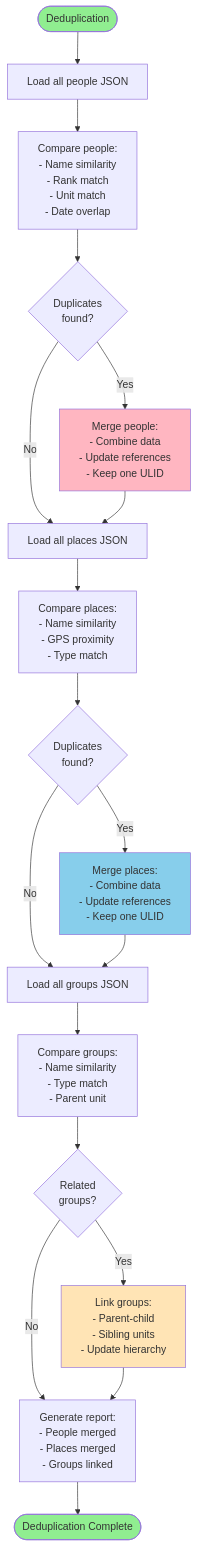
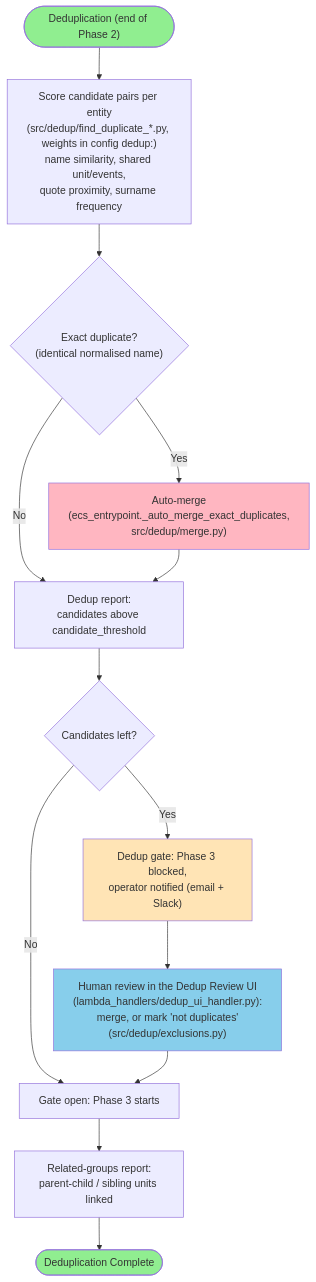
Before and after one commit to elasticfusion/SecondWorldWarAsData: the seventh of 12 diagrams in docs/current/core/WORKFLOW_DIAGRAMS.md, drawn with Mermaid. The commit also changed other lines of this file and 8043 other files, not shown here.

First line of the commit message:
PR 1: move dedup into src/dedup + E2E-found production fixes (#753)

````diff
--- a/docs/current/core/WORKFLOW_DIAGRAMS.md
+++ b/docs/current/core/WORKFLOW_DIAGRAMS.md
@@ -224,32 +271,21 @@
 ```mermaid
 flowchart TD
-    Start([Deduplication]) --> LoadPeople[Load all people JSON]
-    LoadPeople --> ComparePeople[Compare people:<br/>- Name similarity<br/>- Rank match<br/>- Unit match<br/>- Date overlap]
-    
-    ComparePeople --> FindDupes{Duplicates<br/>found?}
-    FindDupes -->|Yes| MergePeople[Merge people:<br/>- Combine data<br/>- Update references<br/>- Keep one ULID]
-    FindDupes -->|No| LoadPlaces
-    MergePeople --> LoadPlaces
-    
-    LoadPlaces[Load all places JSON] --> ComparePlaces[Compare places:<br/>- Name similarity<br/>- GPS proximity<br/>- Type match]
-    
-    ComparePlaces --> FindPlaceDupes{Duplicates<br/>found?}
-    FindPlaceDupes -->|Yes| MergePlaces[Merge places:<br/>- Combine data<br/>- Update references<br/>- Keep one ULID]
-    FindPlaceDupes -->|No| LoadGroups
-    MergePlaces --> LoadGroups
-    
-    LoadGroups[Load all groups JSON] --> CompareGroups[Compare groups:<br/>- Name similarity<br/>- Type match<br/>- Parent unit]
-    
-    CompareGroups --> FindGroupDupes{Related<br/>groups?}
-    FindGroupDupes -->|Yes| LinkGroups[Link groups:<br/>- Parent-child<br/>- Sibling units<br/>- Update hierarchy]
-    FindGroupDupes -->|No| Summary
-    LinkGroups --> Summary[Generate report:<br/>- People merged<br/>- Places merged<br/>- Groups linked]
-    
-    Summary --> End([Deduplication Complete])
-    
+    Start(["Deduplication (end of Phase 2)"]) --> Score["Score candidate pairs per entity<br/>(src/dedup/find_duplicate_*.py, weights in config dedup:)<br/>name similarity, shared unit/events,<br/>quote proximity, surname frequency"]
+    Score --> Exact{"Exact duplicate?<br/>(identical normalised name)"}
+    Exact -->|Yes| AutoMerge["Auto-merge<br/>(ecs_entrypoint._auto_merge_exact_duplicates,<br/>src/dedup/merge.py)"]
+    Exact -->|No| Report["Dedup report:<br/>candidates above candidate_threshold"]
+    AutoMerge --> Report
+    Report --> GateQ{"Candidates left?"}
+    GateQ -->|No| Open["Gate open: Phase 3 starts"]
+    GateQ -->|Yes| Block["Dedup gate: Phase 3 blocked,<br/>operator notified (email + Slack)"]
+    Block --> UI["Human review in the Dedup Review UI<br/>(lambda_handlers/dedup_ui_handler.py):<br/>merge, or mark 'not duplicates'<br/>(src/dedup/exclusions.py)"]
+    UI --> Open
+    Open --> Groups["Related-groups report:<br/>parent-child / sibling units linked"]
+    Groups --> End([Deduplication Complete])
+
     style Start fill:#90EE90
     style End fill:#90EE90
-    style MergePeople fill:#FFB6C1
-    style MergePlaces fill:#87CEEB
-    style LinkGroups fill:#FFE4B5
+    style AutoMerge fill:#FFB6C1
+    style UI fill:#87CEEB
+    style Block fill:#FFE4B5
 ```
````
